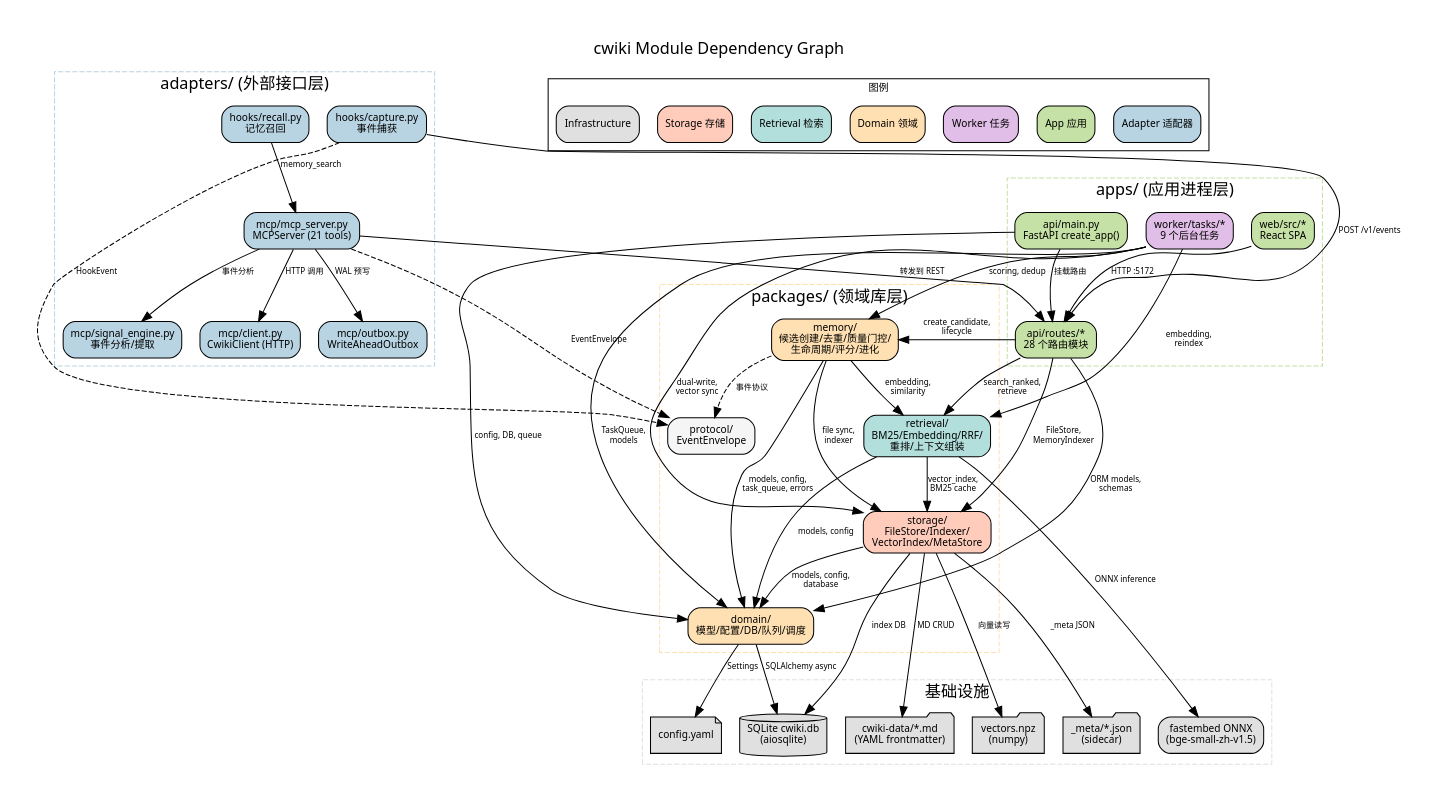
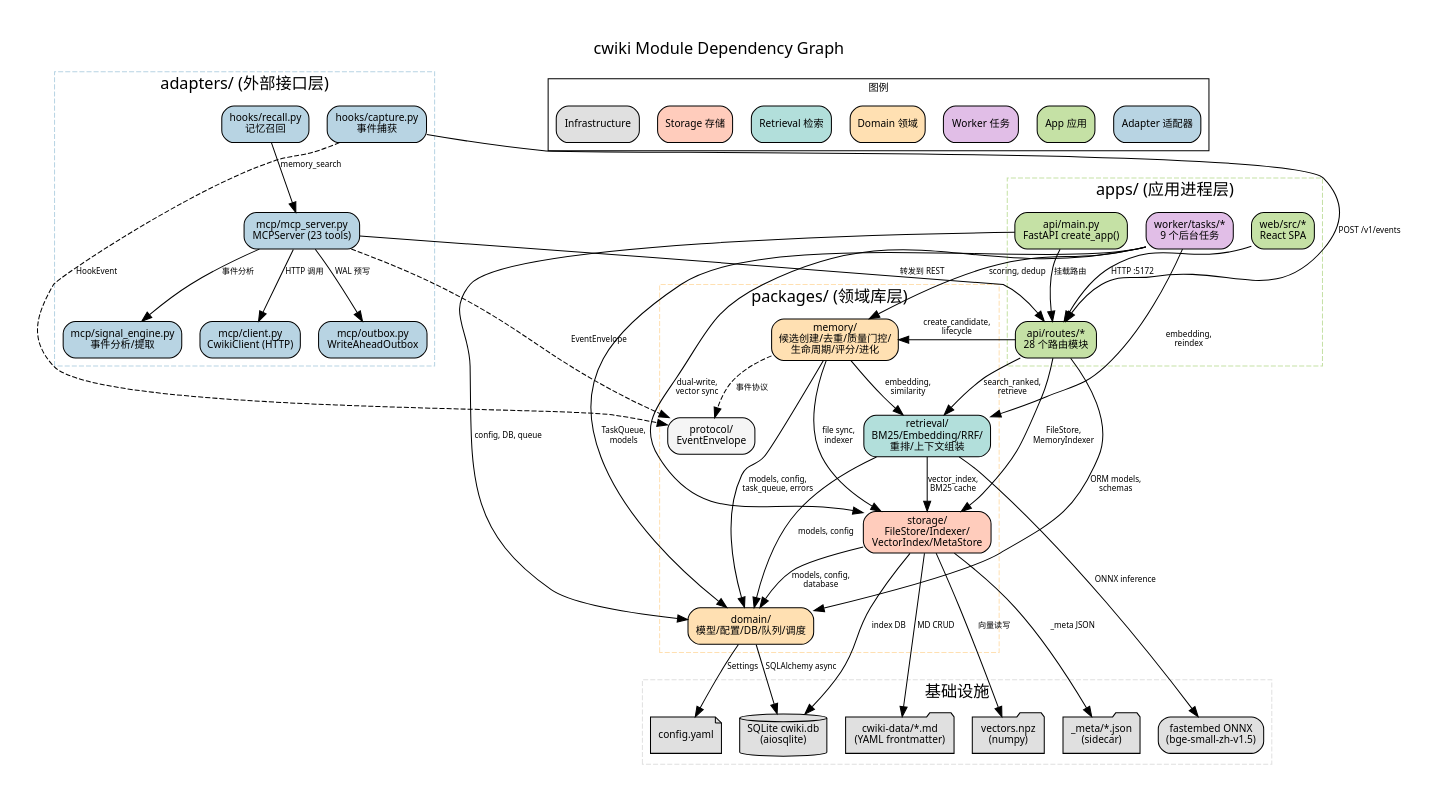
Before and after one commit to Chance-Wu/cwiki: the diagram in docs/architecture/dependency-graph.dot, drawn with Graphviz. The commit also changed 12 other files, not shown here.

```diff
--- a/docs/architecture/dependency-graph.dot
+++ b/docs/architecture/dependency-graph.dot
@@ -1,124 +1,124 @@
 // cwiki Module Dependency Graph
 // Audience: developers assessing change impact and coupling
 // Scope: packages/, apps/, adapters/ internal dependencies
 // Evidence: imports across all Python modules, pyproject.toml
 // Skill: dependency-impact-analyzer + graphviz
 
 digraph cwiki_dependencies {
     rankdir=TB
     node [shape=box, style="rounded,filled", fontname="Segoe UI", fontsize=10]
     edge [fontname="Segoe UI", fontsize=8, color="#666"]
     graph [fontname="Segoe UI", fontsize=13, label="cwiki Module Dependency Graph", labelloc=t, fontsize=16, pad=0.4]
 
     // ===== LAYER: Adapters (External Interface) =====
     subgraph cluster_adapters {
         label="adapters/ (外部接口层)"
         style=dashed
         color="#B8D4E3"
 
-        mcp_server [label="mcp/mcp_server.py\nMCPServer (21 tools)", fillcolor="#B8D4E3"]
+        mcp_server [label="mcp/mcp_server.py\nMCPServer (23 tools)", fillcolor="#B8D4E3"]
         mcp_client [label="mcp/client.py\nCwikiClient (HTTP)", fillcolor="#B8D4E3"]
         mcp_outbox [label="mcp/outbox.py\nWriteAheadOutbox", fillcolor="#B8D4E3"]
         mcp_signal [label="mcp/signal_engine.py\n事件分析/提取", fillcolor="#B8D4E3"]
         hook_capture [label="hooks/capture.py\n事件捕获", fillcolor="#B8D4E3"]
         hook_recall [label="hooks/recall.py\n记忆召回", fillcolor="#B8D4E3"]
     }
 
     // ===== LAYER: Apps (Application Processes) =====
     subgraph cluster_apps {
         label="apps/ (应用进程层)"
         style=dashed
         color="#C5E1A5"
 
         api_main [label="api/main.py\nFastAPI create_app()", fillcolor="#C5E1A5"]
         api_routes [label="api/routes/*\n28 个路由模块", fillcolor="#C5E1A5"]
         worker_tasks [label="worker/tasks/*\n9 个后台任务", fillcolor="#E1BEE7"]
         web_ui [label="web/src/*\nReact SPA", fillcolor="#C5E1A5"]
     }
 
     // ===== LAYER: Packages (Domain Libraries) =====
     subgraph cluster_packages {
         label="packages/ (领域库层)"
         style=dashed
         color="#FFE0B2"
 
         pkg_domain [label="domain/\n模型/配置/DB/队列/调度", fillcolor="#FFE0B2"]
         pkg_memory [label="memory/\n候选创建/去重/质量门控/\n生命周期/评分/进化", fillcolor="#FFE0B2"]
         pkg_retrieval [label="retrieval/\nBM25/Embedding/RRF/\n重排/上下文组装", fillcolor="#B2DFDB"]
         pkg_storage [label="storage/\nFileStore/Indexer/\nVectorIndex/MetaStore", fillcolor="#FFCCBC"]
         pkg_protocol [label="protocol/\nEventEnvelope", fillcolor="#F5F5F5"]
     }
 
     // ===== LAYER: Infrastructure =====
     subgraph cluster_infra {
         label="基础设施"
         style=dashed
         color="#E0E0E0"
 
         sqlite [label="SQLite cwiki.db\n(aiosqlite)", fillcolor="#E0E0E0", shape=cylinder]
         npz [label="vectors.npz\n(numpy)", fillcolor="#E0E0E0", shape=folder]
         md_files [label="cwiki-data/*.md\n(YAML frontmatter)", fillcolor="#E0E0E0", shape=folder]
         meta_files [label="_meta/*.json\n(sidecar)", fillcolor="#E0E0E0", shape=folder]
         fastembed [label="fastembed ONNX\n(bge-small-zh-v1.5)", fillcolor="#E0E0E0"]
         config_yaml [label="config.yaml", fillcolor="#E0E0E0", shape=note]
     }
 
     // ===== Adapter Dependencies =====
     mcp_server -> mcp_client [label="HTTP 调用"]
     mcp_server -> mcp_outbox [label="WAL 预写"]
     mcp_server -> mcp_signal [label="事件分析"]
     mcp_server -> api_routes [label="转发到 REST"]
     hook_capture -> api_routes [label="POST /v1/events"]
     hook_recall -> mcp_server [label="memory_search"]
 
     // ===== App Dependencies =====
     api_main -> api_routes [label="挂载路由"]
     api_main -> pkg_domain [label="config, DB, queue"]
     api_routes -> pkg_memory [label="create_candidate,\nlifecycle"]
     api_routes -> pkg_retrieval [label="search_ranked,\nretrieve"]
     api_routes -> pkg_storage [label="FileStore,\nMemoryIndexer"]
     api_routes -> pkg_domain [label="ORM models,\nschemas"]
     worker_tasks -> pkg_memory [label="scoring, dedup"]
     worker_tasks -> pkg_retrieval [label="embedding,\nreindex"]
     worker_tasks -> pkg_storage [label="dual-write,\nvector sync"]
     worker_tasks -> pkg_domain [label="TaskQueue,\nmodels"]
     web_ui -> api_routes [label="HTTP :5172"]
 
     // ===== Package Dependencies =====
     pkg_memory -> pkg_domain [label="models, config,\ntask_queue, errors"]
     pkg_memory -> pkg_retrieval [label="embedding,\nsimilarity"]
     pkg_memory -> pkg_storage [label="file sync,\nindexer"]
     pkg_retrieval -> pkg_domain [label="models, config"]
     pkg_retrieval -> pkg_storage [label="vector_index,\nBM25 cache"]
     pkg_storage -> pkg_domain [label="models, config,\ndatabase"]
 
     // ===== Infrastructure Dependencies =====
     pkg_domain -> sqlite [label="SQLAlchemy async"]
     pkg_domain -> config_yaml [label="Settings"]
     pkg_storage -> sqlite [label="index DB"]
     pkg_storage -> npz [label="向量读写"]
     pkg_storage -> md_files [label="MD CRUD"]
     pkg_storage -> meta_files [label="_meta JSON"]
     pkg_retrieval -> fastembed [label="ONNX inference"]
 
     // ===== Cross-cutting Concerns (dashed) =====
     mcp_server -> pkg_protocol [label="EventEnvelope", style=dashed]
     hook_capture -> pkg_protocol [label="HookEvent", style=dashed]
     pkg_memory -> pkg_protocol [label="事件协议", style=dashed, color="#999"]
 
     // ===== Legend =====
     subgraph cluster_legend {
         label="图例"
         style=solid
         color="#999"
         fontsize=10
 
         legend_adapter [label="Adapter 适配器", fillcolor="#B8D4E3"]
         legend_app [label="App 应用", fillcolor="#C5E1A5"]
         legend_worker [label="Worker 任务", fillcolor="#E1BEE7"]
         legend_domain [label="Domain 领域", fillcolor="#FFE0B2"]
         legend_retrieval [label="Retrieval 检索", fillcolor="#B2DFDB"]
         legend_storage [label="Storage 存储", fillcolor="#FFCCBC"]
         legend_infra [label="Infrastructure", fillcolor="#E0E0E0"]
     }
 }
```
